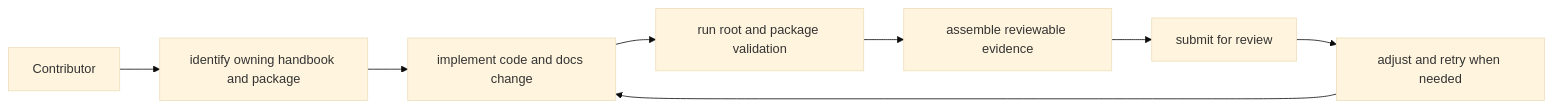
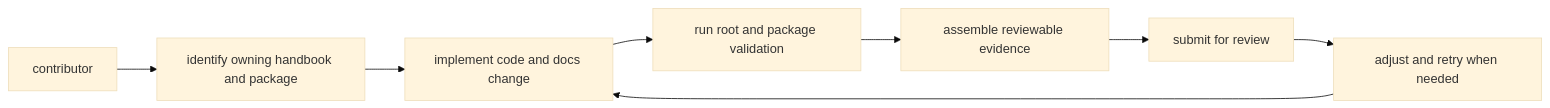
One commit to bijux/bijux-cli changed the diagram in docs/bijux-core/operations/contributor-workflows.md. Above: the diagram before and after it, drawn with Mermaid (base theme). The commit also changed other lines of this file, not shown here.

Commit message:
docs(core-operations): clarify contributor workflows

````diff
--- a/docs/bijux-core/operations/contributor-workflows.md
+++ b/docs/bijux-core/operations/contributor-workflows.md
@@ -15,10 +21,10 @@
 ```mermaid
 flowchart LR
-    contributor[Contributor] --> identify[identify owning handbook and package]
-    identify --> change[implement code and docs change]
-    change --> validate[run root and package validation]
-    validate --> evidence[assemble reviewable evidence]
-    evidence --> review[submit for review]
-    review --> iterate[adjust and retry when needed]
+    contributor["contributor"] --> identify["identify owning handbook and package"]
+    identify --> change["implement code and docs change"]
+    change --> validate["run root and package validation"]
+    validate --> evidence["assemble reviewable evidence"]
+    evidence --> review["submit for review"]
+    review --> iterate["adjust and retry when needed"]
     iterate --> change
 ```
````
